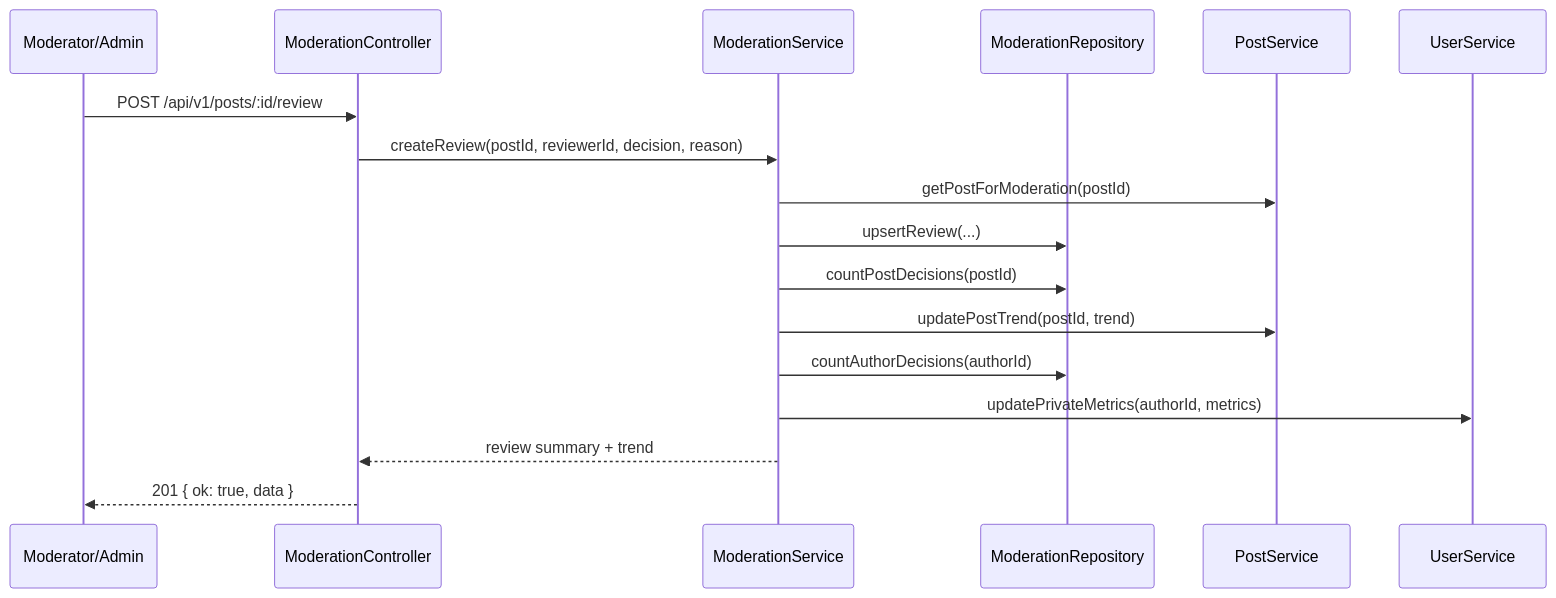
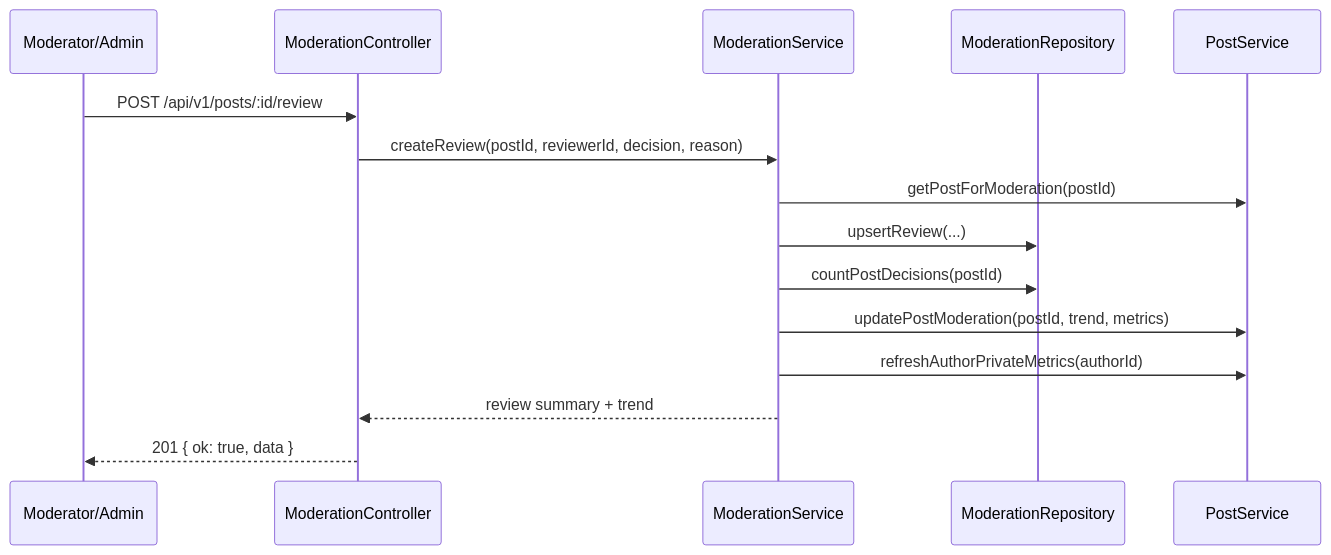
The fourth of 5 diagrams in docs/architecture/diagrams.md (dedeusgui/ProjetoRedeSocial), drawn with Mermaid before and after one commit. The commit also changed 35 other files, not shown here.

````diff
--- a/docs/architecture/diagrams.md
+++ b/docs/architecture/diagrams.md
@@ -75,19 +75,17 @@
 ```mermaid
 sequenceDiagram
   participant M as Moderator/Admin
   participant C as ModerationController
   participant S as ModerationService
   participant MR as ModerationRepository
   participant PS as PostService
-  participant US as UserService
   M->>C: POST /api/v1/posts/:id/review
   C->>S: createReview(postId, reviewerId, decision, reason)
   S->>PS: getPostForModeration(postId)
   S->>MR: upsertReview(...)
   S->>MR: countPostDecisions(postId)
-  S->>PS: updatePostTrend(postId, trend)
-  S->>MR: countAuthorDecisions(authorId)
-  S->>US: updatePrivateMetrics(authorId, metrics)
+  S->>PS: updatePostModeration(postId, trend, metrics)
+  S->>PS: refreshAuthorPrivateMetrics(authorId)
   S-->>C: review summary + trend
   C-->>M: 201 { ok: true, data }
 ```
````
